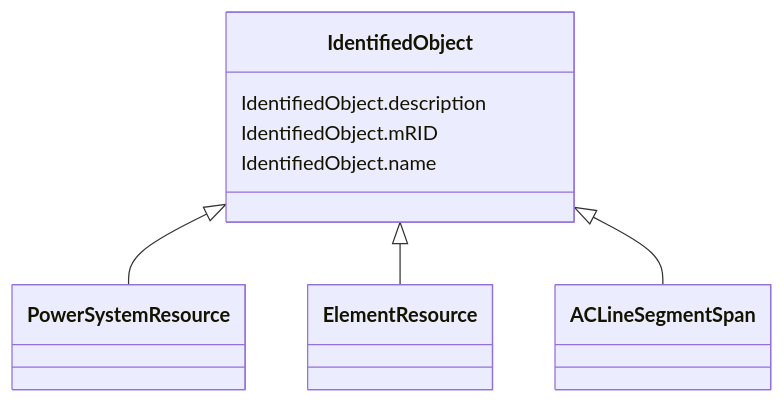
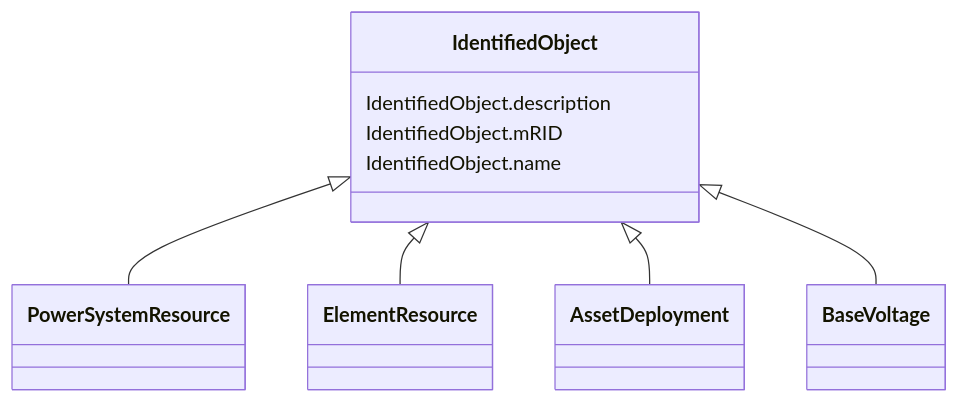
The diagram in docs/AviationObstacle/IdentifiedObject.md (3lbits/NoCIMExtensions), drawn with Mermaid before and after one commit. The commit also changed other lines of this file and 32 other files, not shown here.

````diff
--- a/docs/AviationObstacle/IdentifiedObject.md
+++ b/docs/AviationObstacle/IdentifiedObject.md
@@ -18,19 +18,21 @@
 ```mermaid
  classDiagram
     class IdentifiedObject
     click IdentifiedObject href "../IdentifiedObject"
       IdentifiedObject <|-- PowerSystemResource
         click PowerSystemResource href "../PowerSystemResource"
       IdentifiedObject <|-- ElementResource
         click ElementResource href "../ElementResource"
-      IdentifiedObject <|-- ACLineSegmentSpan
-        click ACLineSegmentSpan href "../ACLineSegmentSpan"
+      IdentifiedObject <|-- AssetDeployment
+        click AssetDeployment href "../AssetDeployment"
+      IdentifiedObject <|-- BaseVoltage
+        click BaseVoltage href "../BaseVoltage"
       
       IdentifiedObject : IdentifiedObject.description
         
       IdentifiedObject : IdentifiedObject.mRID
         
       IdentifiedObject : IdentifiedObject.name
         
       
 ```
````
